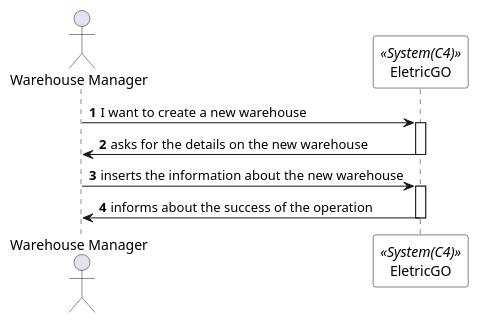
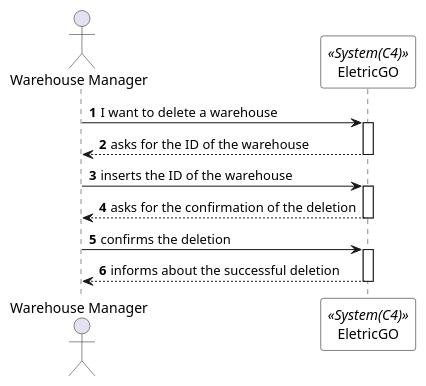
The diagram in Documents/Deployment Diagrams/Level 1 - System Context/Process View/Warehouse/deleteWarehouseSSD.puml (0franciscor/dei_3dj_057), drawn with PlantUML before and after one commit. The commit also changed 12 other files, not shown here.

Commit message:
#11 - Diagramas de nível 1 relativos a vista de processos referente ao caso de uso de 'Criar, Listar e Editar Armazéns'

```diff
--- a/Documents/Deployment Diagrams/Level 1 - System Context/Process View/Warehouse/deleteWarehouseSSD.puml
+++ b/Documents/Deployment Diagrams/Level 1 - System Context/Process View/Warehouse/deleteWarehouseSSD.puml
@@ -1,28 +1,34 @@
-@startuml createDeliverySSD
+@startuml deleteWarehouseSSD
 autonumber
 
 skinparam sequence {
 ParticipantBorderColor black
 ParticipantBackgroundColor white
 }
 
 actor "Warehouse Manager" as admin
 participant EletricGO as system <<System(C4)>>
 
 
-admin -> system: I want to create a new warehouse
+admin -> system: I want to delete a warehouse
 activate system
 
-system -> admin: asks for the details on the new warehouse
+system --> admin: asks for the ID of the warehouse
 deactivate system
 
-admin -> system: inserts the information about the new warehouse
+admin -> system: inserts the ID of the warehouse
 activate system
 
-system -> admin: informs about the success of the operation
+system --> admin: asks for the confirmation of the deletion
 deactivate system
+
+admin -> system: confirms the deletion
+activate system
+
+system --> admin: informs about the successful deletion
+
 
 deactivate system
 deactivate admin
 
 @enduml
```
